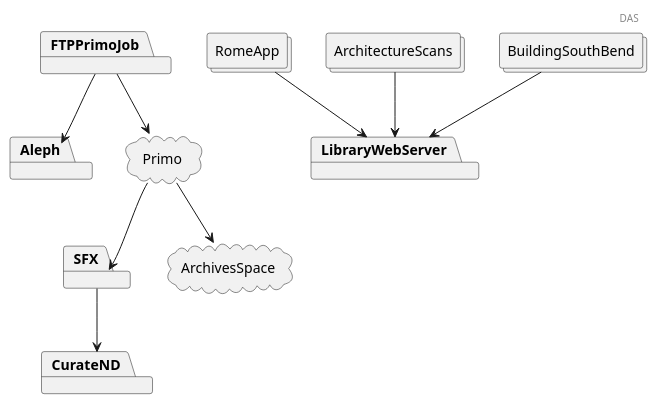
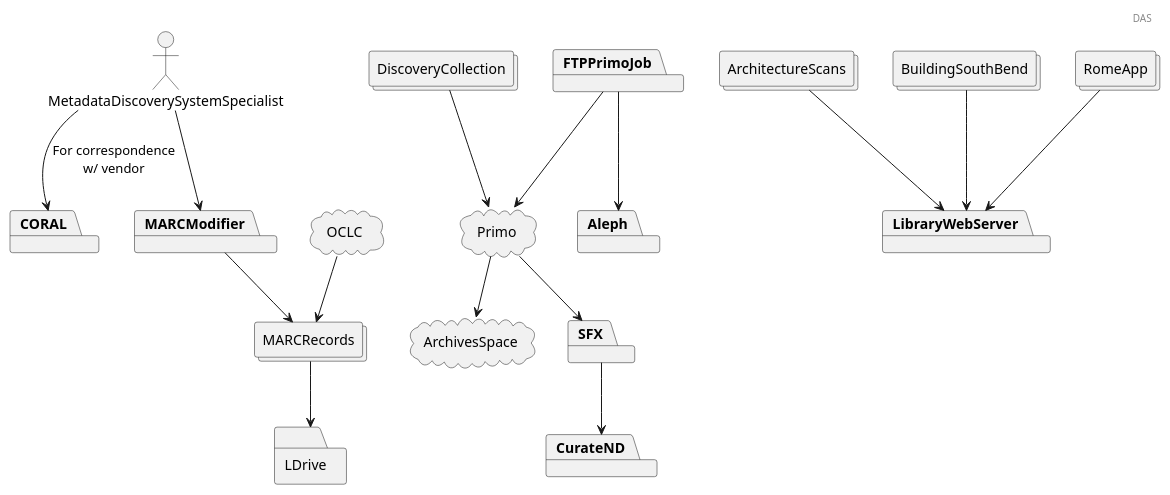
The diagram in plantuml/das.puml (ndlib/dam-ecosystem-mapping), drawn with PlantUML before and after one commit. The commit also changed 3 other files, not shown here.

```diff
--- a/plantuml/das.puml
+++ b/plantuml/das.puml
@@ -10,28 +10,39 @@
 @startuml
 
 header DAS
 
+actor MetadataDiscoverySystemSpecialist
+cloud ArchivesSpace
+cloud OCLC
+cloud Primo
+collections ArchitectureScans
+collections BuildingSouthBend
+collections DiscoveryCollection
+collections MARCRecords
+collections RomeApp
+folder LDrive
 package Aleph
+package CORAL
+package CurateND
 package FTPPrimoJob
-cloud Primo
+package LibraryWebServer
+package MARCModifier
 package SFX
-package CurateND
-cloud ArchivesSpace
 
+ArchitectureScans --> LibraryWebServer
+BuildingSouthBend --> LibraryWebServer
+MetadataDiscoverySystemSpecialist --> MARCModifier
+MetadataDiscoverySystemSpecialist --> CORAL : For correspondence\nw/ vendor
+DiscoveryCollection --> Primo
 FTPPrimoJob --> Aleph
 FTPPrimoJob --> Primo
+MARCModifier --> MARCRecords
+MARCRecords --> LDrive
+OCLC --> MARCRecords
+Primo --> ArchivesSpace
 Primo --> SFX
-Primo --> ArchivesSpace
+RomeApp --> LibraryWebServer
 SFX --> CurateND
 
 
-package LibraryWebServer
-collections RomeApp
-collections ArchitectureScans
-collections BuildingSouthBend
-
-RomeApp --> LibraryWebServer
-ArchitectureScans --> LibraryWebServer
-BuildingSouthBend --> LibraryWebServer
-
 @enduml
```
